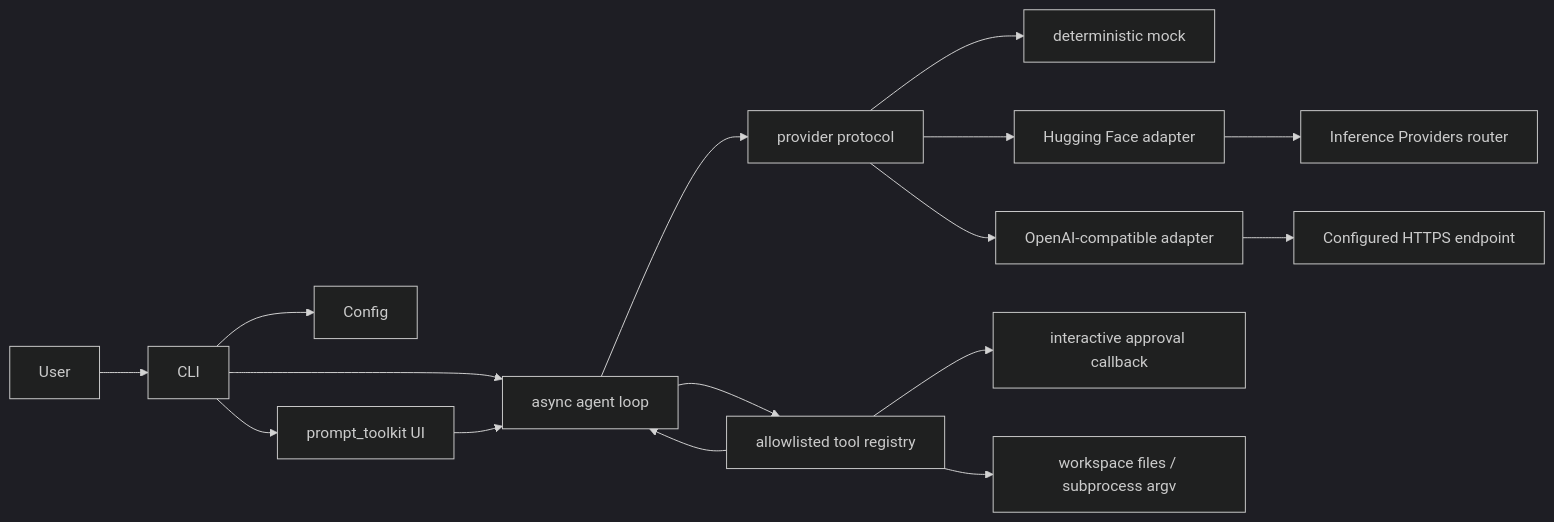
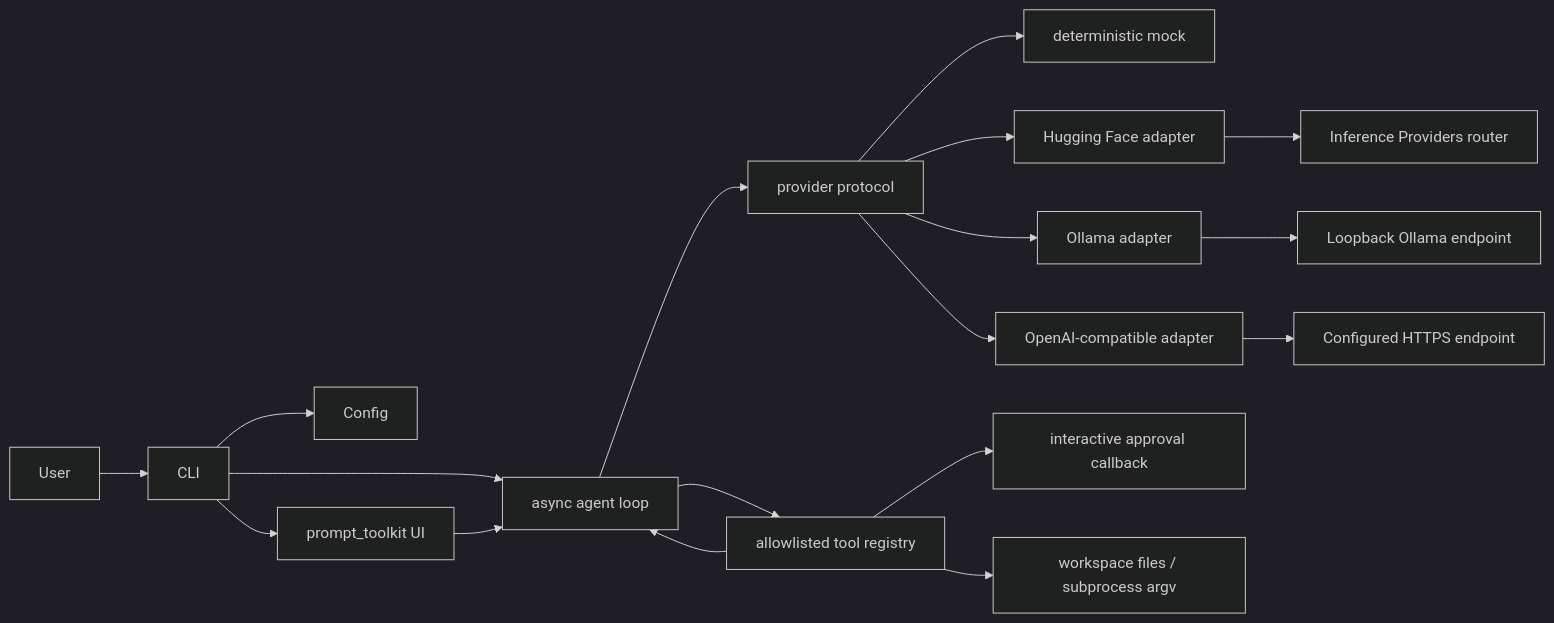
One commit to josnin/velocity-mode changed the diagram in docs/ARCHITECTURE.md. Above: the diagram before and after it, drawn with Mermaid (dark theme). The commit also changed other lines of this file and 5 other files, not shown here.

Commit message:
feat: add local Ollama provider

````diff
--- a/docs/ARCHITECTURE.md
+++ b/docs/ARCHITECTURE.md
@@ -8,18 +8,20 @@
 ```mermaid
 flowchart LR
   User --> CLI
   CLI --> Config
   CLI --> TUI[prompt_toolkit UI]
   CLI --> Agent[async agent loop]
   TUI --> Agent
   Agent --> Protocol[provider protocol]
   Protocol --> Mock[deterministic mock]
   Protocol --> HF[Hugging Face adapter]
+  Protocol --> Ollama[Ollama adapter]
   Protocol --> Compatible[OpenAI-compatible adapter]
   HF --> Router[Inference Providers router]
+  Ollama --> Local[Loopback Ollama endpoint]
   Compatible --> Endpoint[Configured HTTPS endpoint]
   Agent --> Registry[allowlisted tool registry]
   Registry --> Approval[interactive approval callback]
   Registry --> Workspace[workspace files / subprocess argv]
   Registry --> Agent
 ```
````
